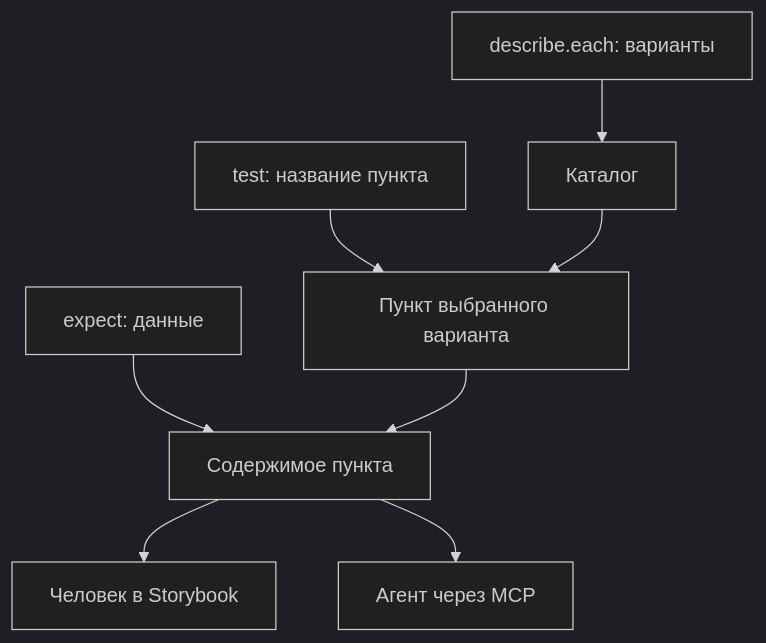
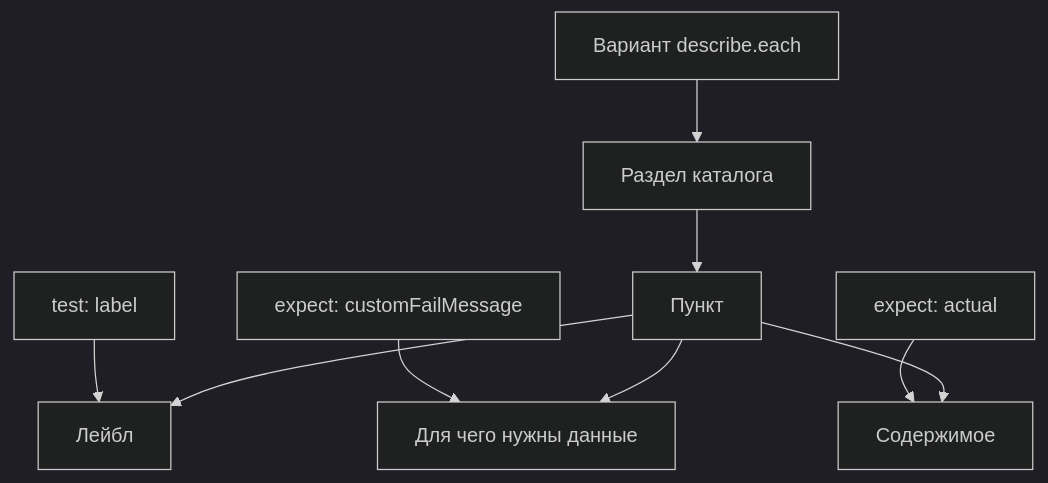
Before and after one commit to zavx0z/storybook: the diagram in archetypes/specs/scenarios/notes/presentation.md, drawn with Mermaid (dark theme). The commit also changed other lines of this file and 10 other files, not shown here.

````diff
--- a/archetypes/specs/scenarios/notes/presentation.md
+++ b/archetypes/specs/scenarios/notes/presentation.md
@@ -3,10 +21,11 @@
 ```mermaid
 flowchart TD
-  variants["describe.each: варианты"] --> catalog["Каталог"]
-  tests["test: название пункта"] --> item["Пункт выбранного варианта"]
-  data["expect: данные"] --> content["Содержимое пункта"]
-  catalog --> item
+  variant["Вариант describe.each"] --> catalog["Раздел каталога"]
+  catalog --> item["Пункт"]
+  test["test: label"] --> label["Лейбл"]
+  message["expect: customFailMessage"] --> description["Для чего нужны данные"]
+  value["expect: actual"] --> content["Содержимое"]
+  item --> label
+  item --> description
   item --> content
-  content --> human["Человек в Storybook"]
-  content --> agent["Агент через MCP"]
 ```
````
